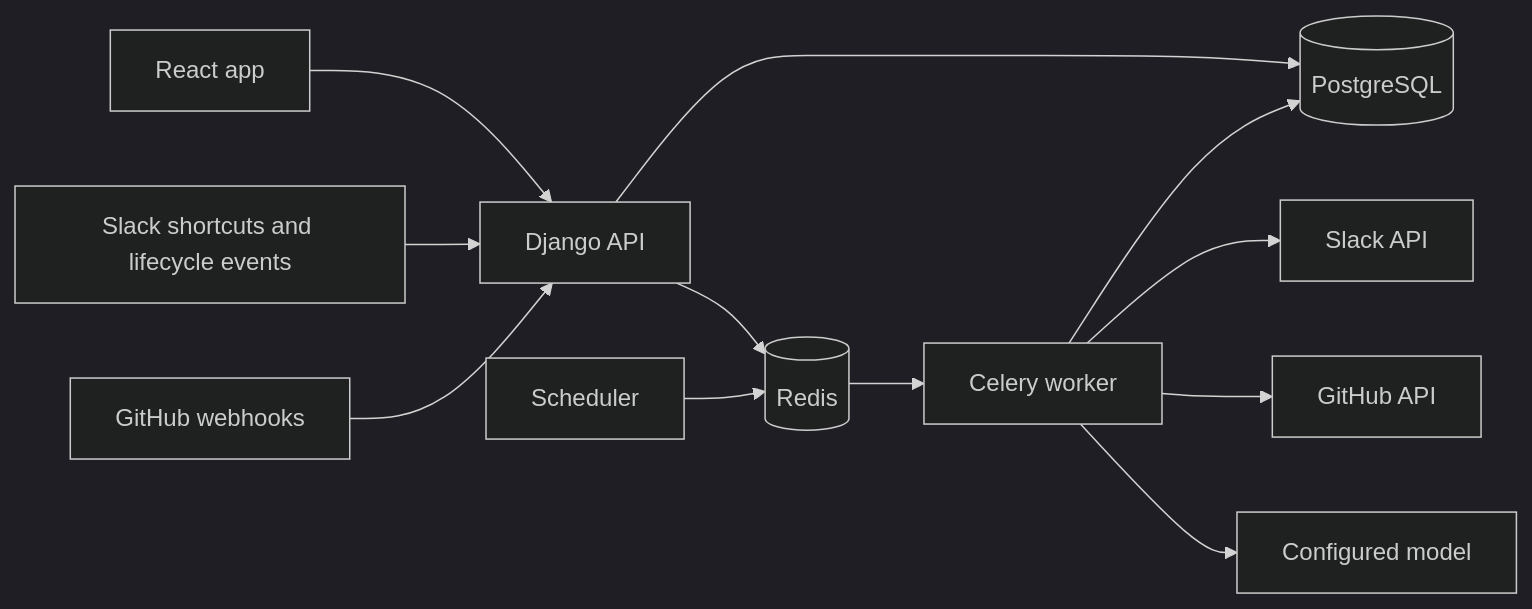
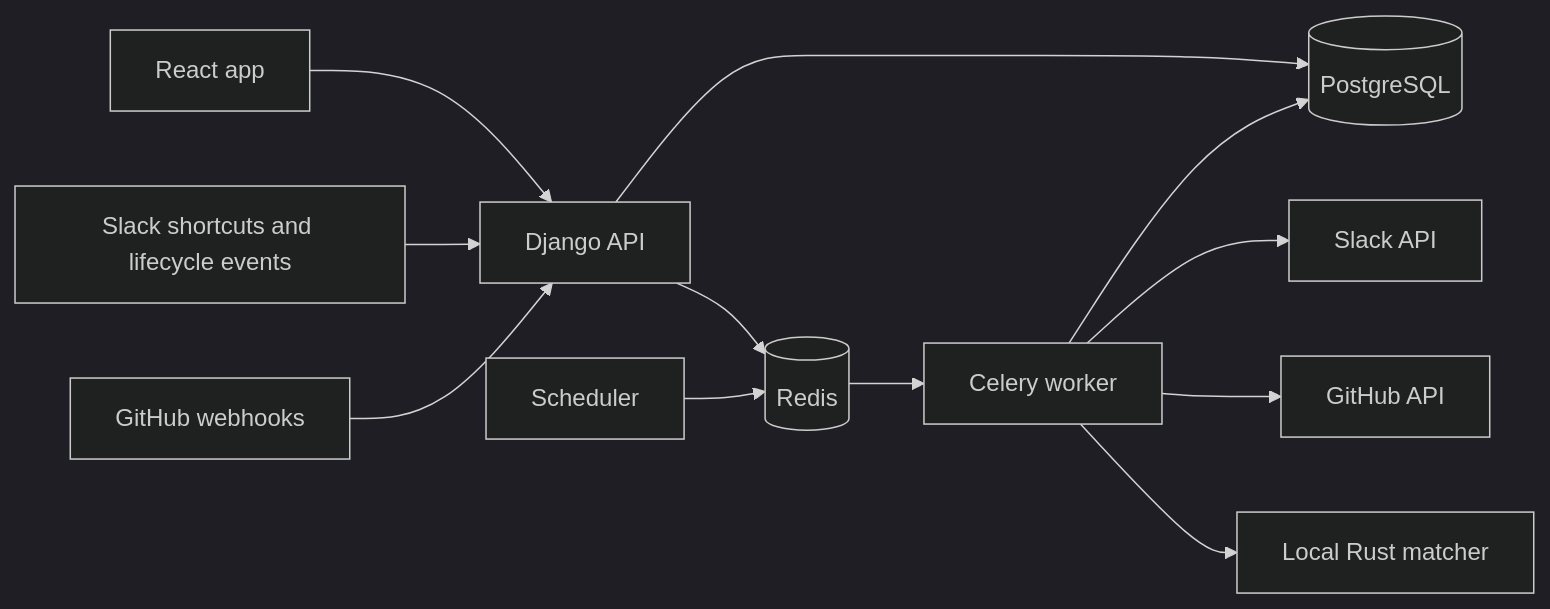
One commit to nicoleman0/rescribo changed the diagram in docs/MVP_SPEC.md. Above: the diagram before and after it, drawn with Mermaid (dark theme). The commit also changed other lines of this file and 4 other files, not shown here.

Commit message:
docs: replace hosted matching with local Rust design (#40)

````diff
--- a/docs/MVP_SPEC.md
+++ b/docs/MVP_SPEC.md
@@ -201,14 +201,14 @@
 ```mermaid
 flowchart LR
     Browser[React app] --> API[Django API]
     Slack[Slack shortcuts and lifecycle events] --> API
     GitHub[GitHub webhooks] --> API
     API --> DB[(PostgreSQL)]
     Beat[Scheduler] --> Broker[(Redis)]
     API --> Broker
     Broker --> Worker[Celery worker]
     Worker --> DB
     Worker --> SlackAPI[Slack API]
     Worker --> GitHubAPI[GitHub API]
-    Worker --> Model[Configured model]
+    Worker --> Matcher[Local Rust matcher]
 ```
````
